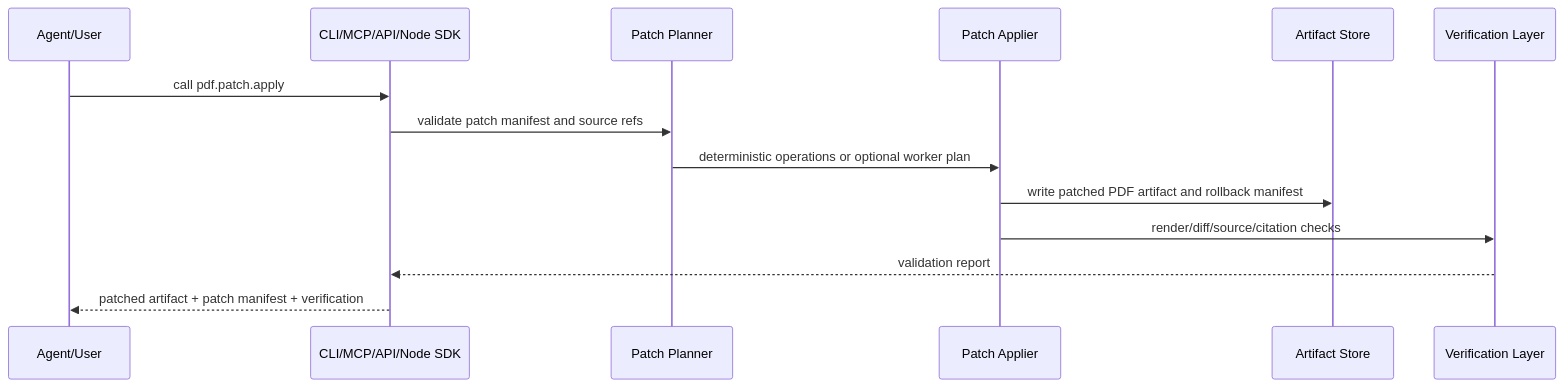
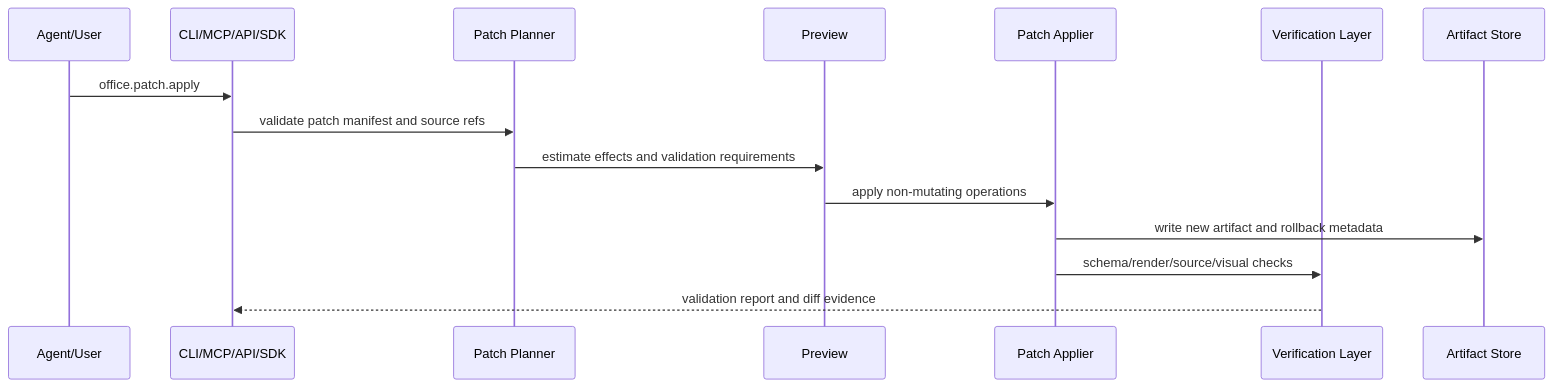
One commit to tover0314-w/OKoffice changed the third of 3 diagrams in docs/03_ARCHITECTURE.md. Above: the diagram before and after it, drawn with Mermaid. The commit also changed other lines of this file and 67 other files, not shown here.

````diff
--- a/docs/03_ARCHITECTURE.md
+++ b/docs/03_ARCHITECTURE.md
@@ -87,17 +112,18 @@
 ```mermaid
 sequenceDiagram
   participant User as Agent/User
-  participant API as CLI/MCP/API/Node SDK
+  participant API as CLI/MCP/API/SDK
   participant Plan as Patch Planner
+  participant Preview as Preview
   participant Apply as Patch Applier
+  participant Verify as Verification Layer
   participant Store as Artifact Store
-  participant Verify as Verification Layer
 
-  User->>API: call pdf.patch.apply
+  User->>API: office.patch.apply
   API->>Plan: validate patch manifest and source refs
-  Plan->>Apply: deterministic operations or optional worker plan
-  Apply->>Store: write patched PDF artifact and rollback manifest
-  Apply->>Verify: render/diff/source/citation checks
-  Verify-->>API: validation report
-  API-->>User: patched artifact + patch manifest + verification
+  Plan->>Preview: estimate effects and validation requirements
+  Preview->>Apply: apply non-mutating operations
+  Apply->>Store: write new artifact and rollback metadata
+  Apply->>Verify: schema/render/source/visual checks
+  Verify-->>API: validation report and diff evidence
 ```
````
